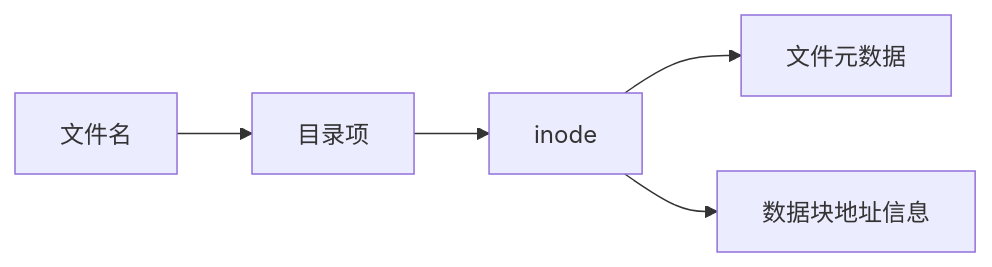
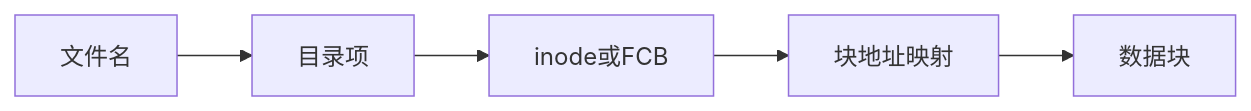
One commit to 74262195/system-architect-notes changed the diagram in 01_综合知识/01_计算机系统基础知识/02_操作系统/FCB与inode.md. Above: the diagram before and after it, drawn with Mermaid. The commit also changed other lines of this file and 16 other files, not shown here.

````diff
--- a/01_综合知识/01_计算机系统基础知识/02_操作系统/FCB与inode.md
+++ b/01_综合知识/01_计算机系统基础知识/02_操作系统/FCB与inode.md
@@ -73,7 +43,7 @@
-```mermaid
+~~~mermaid
 flowchart LR
-    A["文件名"] --> B["目录项"]
-    B --> C["inode"]
-    C --> D["文件元数据"]
-    C --> E["数据块地址信息"]
-```
+    A[文件名] --> B[目录项]
+    B --> C[inode或FCB]
+    C --> D[块地址映射]
+    D --> E[数据块]
+~~~
````
